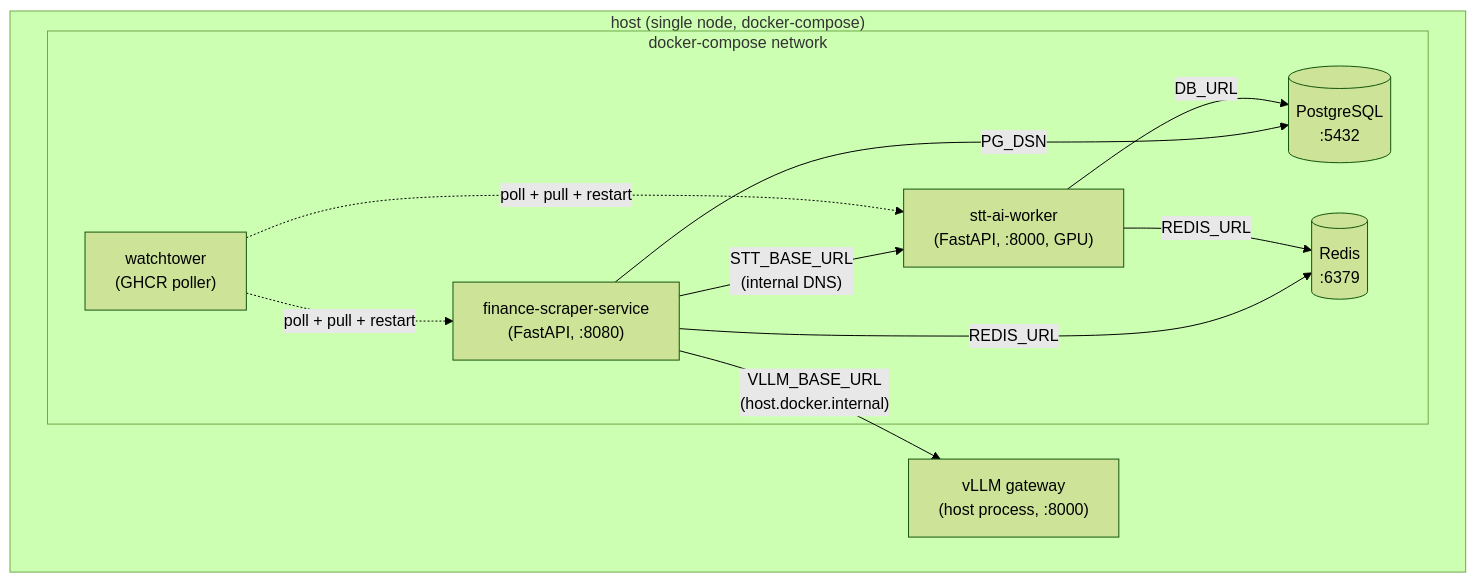
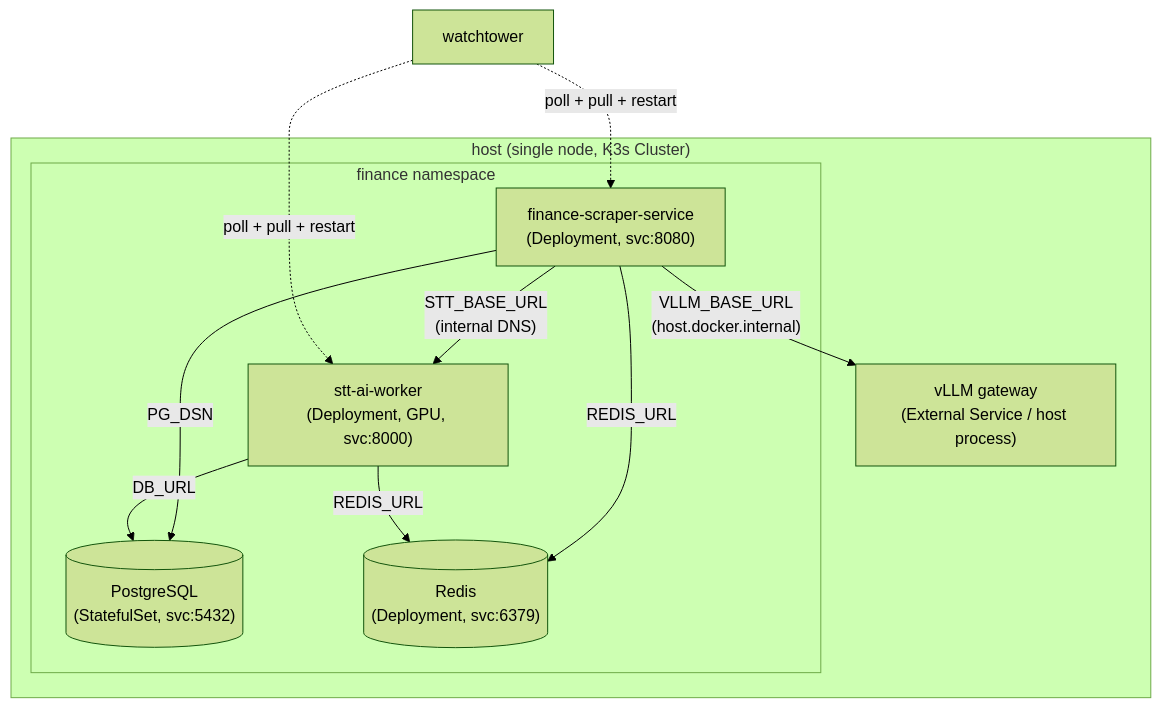
One commit to pei9564/ai-finance-infra changed the diagram in README.md. Above: the diagram before and after it, drawn with Mermaid (forest theme). The commit also changed other lines of this file, not shown here.

Commit message:
docs: update all READMEs to reflect K3s as primary deployment

````diff
--- a/README.md
+++ b/README.md
@@ -33,22 +33,21 @@
 ```mermaid
 flowchart TB
-    subgraph host["host (single node, docker-compose)"]
-        subgraph compose["docker-compose network"]
-            scraper["finance-scraper-service<br/>(FastAPI, :8080)"]
-            stt["stt-ai-worker<br/>(FastAPI, :8000, GPU)"]
-            pg[("PostgreSQL<br/>:5432")]
-            redis[("Redis<br/>:6379")]
-            watchtower["watchtower<br/>(GHCR poller)"]
+    subgraph host["host (single node, K3s Cluster)"]
+        subgraph k8s["finance namespace"]
+            scraper["finance-scraper-service<br/>(Deployment, svc:8080)"]
+            stt["stt-ai-worker<br/>(Deployment, GPU, svc:8000)"]
+            pg[("PostgreSQL<br/>(StatefulSet, svc:5432)")]
+            redis[("Redis<br/>(Deployment, svc:6379)")]
         end
-        vllm["vLLM gateway<br/>(host process, :8000)"]
+        vllm["vLLM gateway<br/>(External Service / host process)"]
     end
 
     scraper -- "PG_DSN" --> pg
     stt -- "DB_URL" --> pg
     scraper -- "REDIS_URL" --> redis
     stt -- "REDIS_URL" --> redis
     scraper -- "VLLM_BASE_URL<br/>(host.docker.internal)" --> vllm
     scraper -- "STT_BASE_URL<br/>(internal DNS)" --> stt
     watchtower -. "poll + pull + restart" .-> scraper
     watchtower -. "poll + pull + restart" .-> stt
 ```
````
